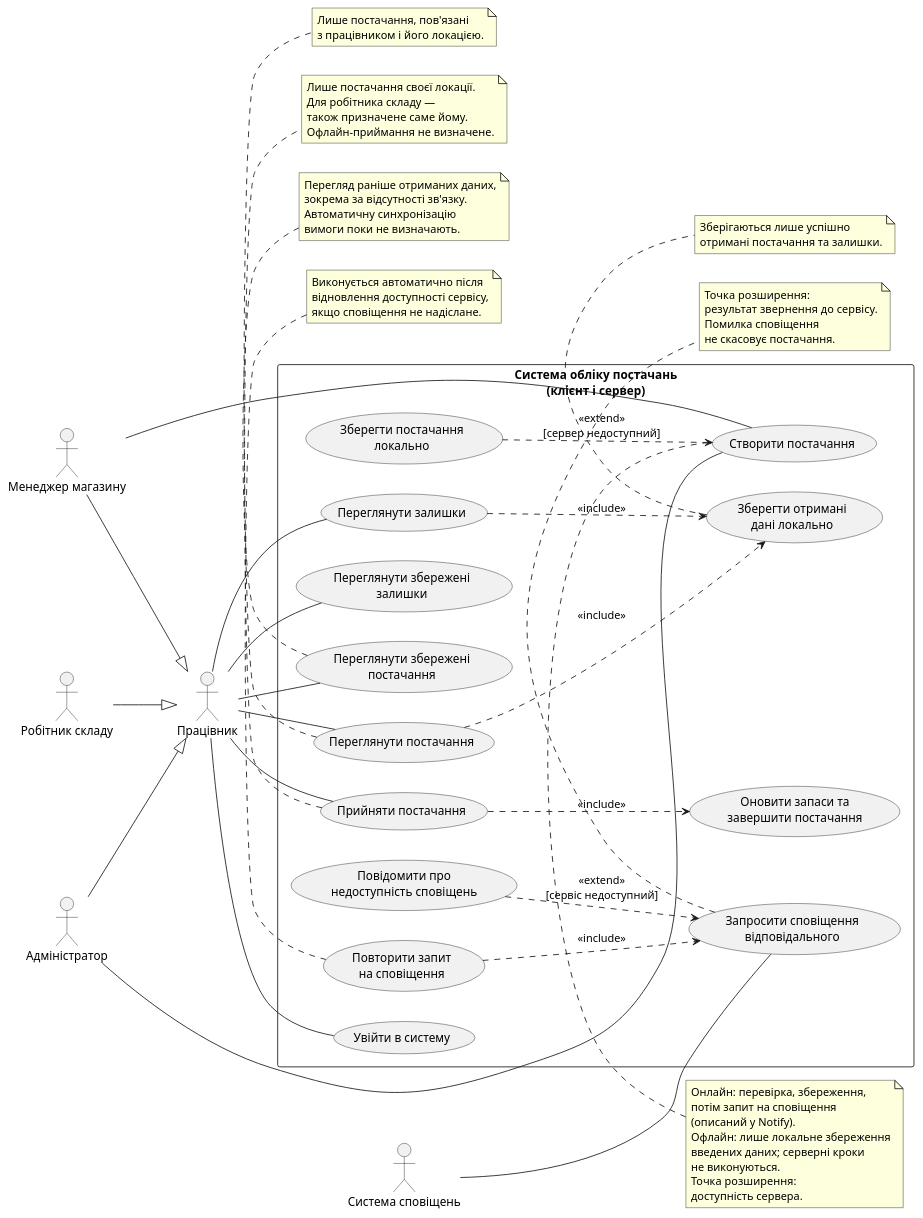
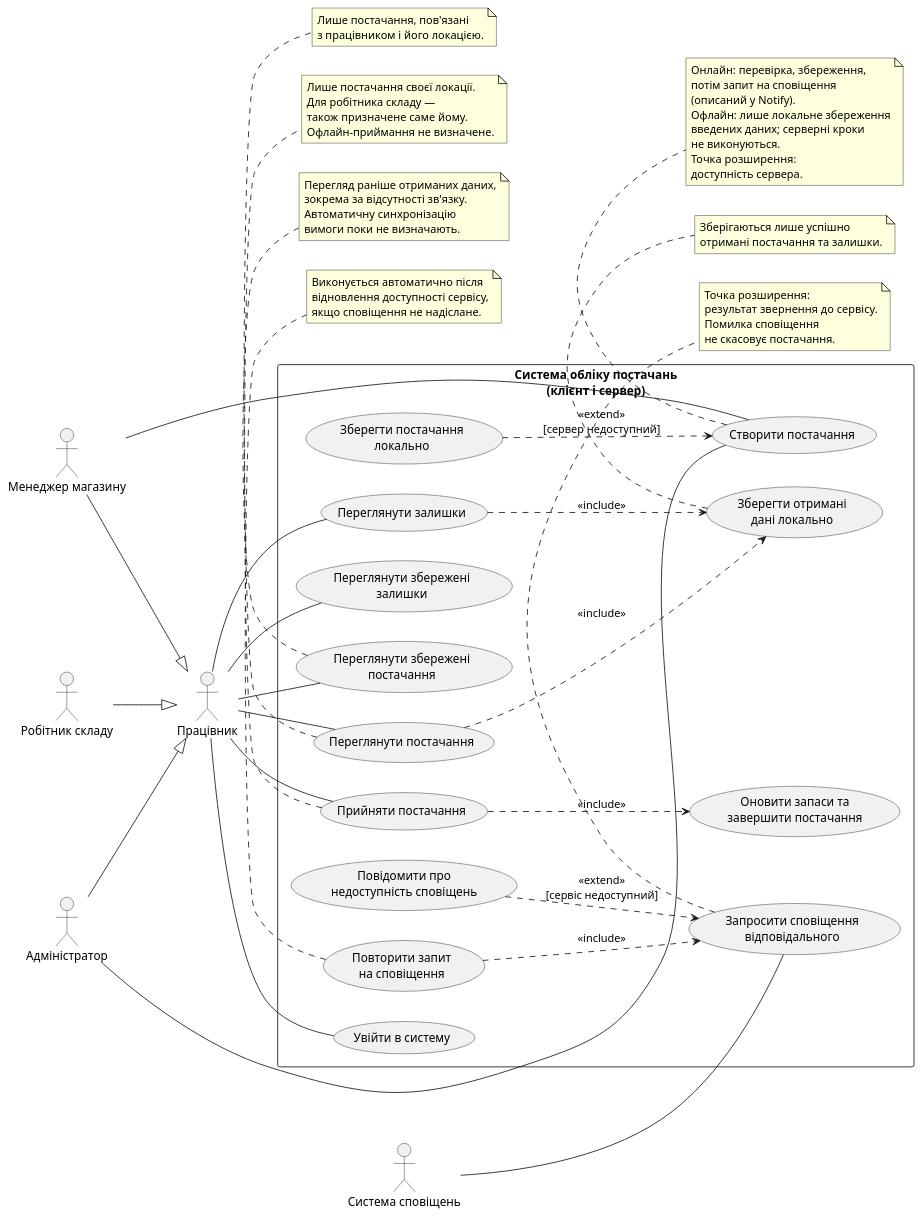
One commit to Petrovich-322/KPI changed the diagram in lab2/use-case.puml. Above: the diagram before and after it, drawn with PlantUML.

Commit message:
use-case.puml №4, ai prompt: переглянь новий use-case_spec, і внеси зміни

```diff
--- a/lab2/use-case.puml
+++ b/lab2/use-case.puml
@@ -1,107 +1,106 @@
 @startuml
 left to right direction
 skinparam shadowing false
 
 actor "Працівник" as Employee
 actor "Менеджер магазину" as Manager
 actor "Робітник складу" as Worker
 actor "Адміністратор" as Admin
 actor "Система сповіщень" as Notifications
 
 Manager --|> Employee
 Worker --|> Employee
 Admin --|> Employee
 
 rectangle "Система обліку постачань\n(клієнт і сервер)" {
 
     usecase "Увійти в систему" as Login
 
     usecase "Створити постачання" as Create
     usecase "Зберегти постачання\nлокально" as SaveDraft
 
     usecase "Запросити сповіщення\nвідповідального" as Notify
     usecase "Повідомити про\nнедоступність сповіщень" as NotifyFailure
     usecase "Повторити запит\nна сповіщення" as RetryNotify
 
     usecase "Переглянути постачання" as ViewSupply
     usecase "Переглянути залишки" as ViewStock
     usecase "Зберегти отримані\nдані локально" as Cache
     usecase "Переглянути збережені\nпостачання" as CachedSupply
     usecase "Переглянути збережені\nзалишки" as CachedStock
 
     usecase "Прийняти постачання" as Accept
     usecase "Оновити запаси та\nзавершити постачання" as Update
 }
 
 Employee -- Login
 Employee -- ViewSupply
 Employee -- ViewStock
 Employee -- CachedSupply
 Employee -- CachedStock
 Employee -- Accept
 
 Manager -- Create
 Admin -- Create
 
 Notifications -- Notify
 
-
 SaveDraft ..> Create : <<extend>>\n[сервер недоступний]
 
 ViewSupply ..> Cache : <<include>>
 ViewStock ..> Cache : <<include>>
 
 NotifyFailure ..> Notify : <<extend>>\n[сервіс недоступний]
 RetryNotify ..> Notify : <<include>>
 
 Accept ..> Update : <<include>>
 
-note top of Create
+note bottom of Create
   Онлайн: перевірка, збереження,
   потім запит на сповіщення
   (описаний у Notify).
   Офлайн: лише локальне збереження
   введених даних; серверні кроки
   не виконуються.
   Точка розширення:
   доступність сервера.
 end note
 
 note bottom of Notify
   Точка розширення:
   результат звернення до сервісу.
   Помилка сповіщення
   не скасовує постачання.
 end note
 
-note top of RetryNotify
+note bottom of RetryNotify
   Виконується автоматично після
   відновлення доступності сервісу,
   якщо сповіщення не надіслане.
 end note
 
 note bottom of Cache
   Зберігаються лише успішно
   отримані постачання та залишки.
 end note
 
-note top of CachedSupply
+note bottom of CachedSupply
   Перегляд раніше отриманих даних,
   зокрема за відсутності зв'язку.
   Автоматичну синхронізацію
   вимоги поки не визначають.
 end note
 
 note bottom of Accept
   Лише постачання своєї локації.
   Для робітника складу —
   також призначене саме йому.
   Офлайн-приймання не визначене.
 end note
 
 note bottom of ViewSupply
   Лише постачання, пов'язані
   з працівником і його локацією.
 end note
 
 @enduml
```
